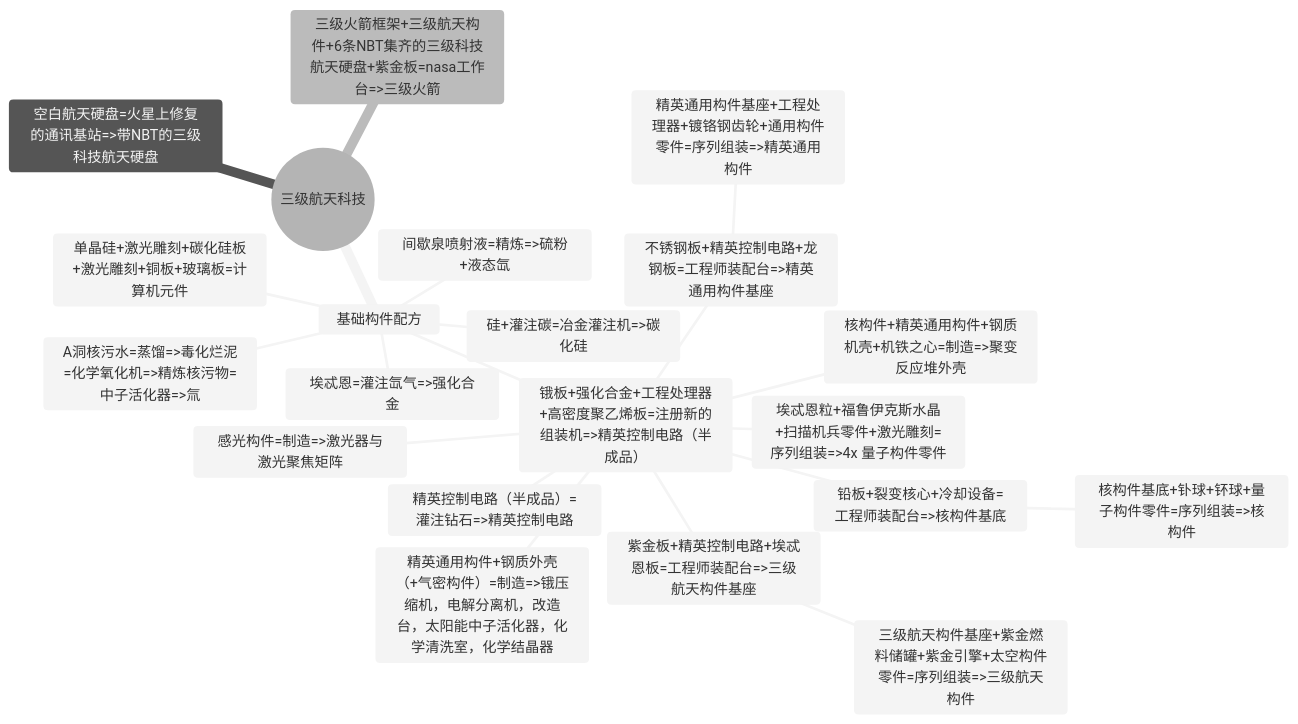
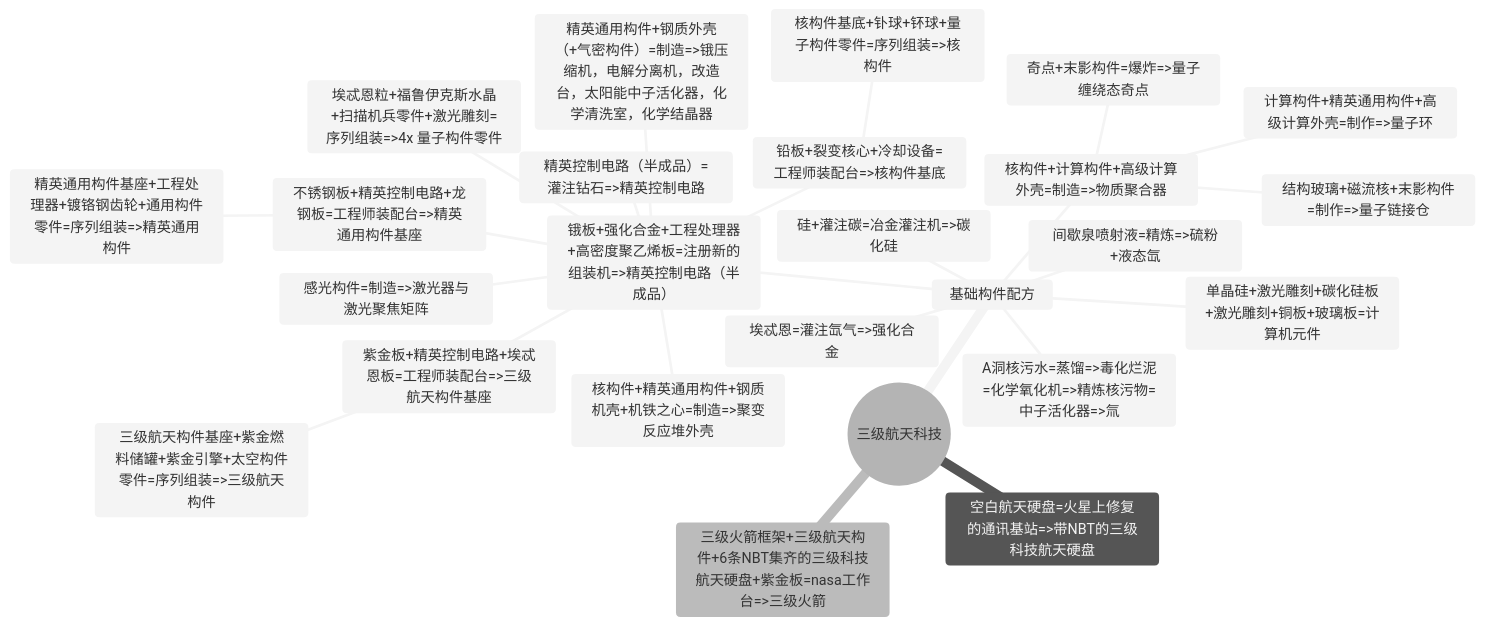
Before and after one commit to VechniMetel/CodeNameCIM2: the third of 4 diagrams in Developer/TechTreeMap.md, drawn with Mermaid (neutral theme). The commit also changed other lines of this file, not shown here.

````diff
--- a/Developer/TechTreeMap.md
+++ b/Developer/TechTreeMap.md
@@ -81,24 +81,28 @@
 ``` mermaid
 mindmap
     root((三级航天科技))
         基础构件配方
             间歇泉喷射液=精炼=>硫粉+液态氙
             埃忒恩=灌注氙气=>强化合金
             硅+灌注碳=冶金灌注机=>碳化硅
             单晶硅+激光雕刻+碳化硅板+激光雕刻+铜板+玻璃板=计算机元件
             锇板+强化合金+工程处理器+高密度聚乙烯板=注册新的组装机=>精英控制电路（半成品）
                 精英控制电路（半成品）=灌注钻石=>精英控制电路
                 紫金板+精英控制电路+埃忒恩板=工程师装配台=>三级航天构件基座
                     三级航天构件基座+紫金燃料储罐+紫金引擎+太空构件零件=序列组装=>三级航天构件
                 不锈钢板+精英控制电路+龙钢板=工程师装配台=>精英通用构件基座
                     精英通用构件基座+工程处理器+镀铬钢齿轮+通用构件零件=序列组装=>精英通用构件
                 埃忒恩粒+福鲁伊克斯水晶+扫描机兵零件+激光雕刻=序列组装=>4x 量子构件零件
                 铅板+裂变核心+冷却设备=工程师装配台=>核构件基底
                     核构件基底+钋球+钚球+量子构件零件=序列组装=>核构件
                 核构件+精英通用构件+钢质机壳+机铁之心=制造=>聚变反应堆外壳
                 感光构件=制造=>激光器与激光聚焦矩阵
                 精英通用构件+钢质外壳（+气密构件）=制造=>锇压缩机，电解分离机，改造台，太阳能中子活化器，化学清洗室，化学结晶器
+            核构件+计算构件+高级计算外壳=制造=>物质聚合器
+                奇点+末影构件=爆炸=>量子缠绕态奇点
+                计算构件+精英通用构件+高级计算外壳=制作=>量子环
+                结构玻璃+磁流核+末影构件=制作=>量子链接仓
             A洞核污水=蒸馏=>毒化烂泥=化学氧化机=>精炼核污物=中子活化器=>氚
         空白航天硬盘=火星上修复的通讯基站=>带NBT的三级科技航天硬盘
         三级火箭框架+三级航天构件+6条NBT集齐的三级科技航天硬盘+紫金板=nasa工作台=>三级火箭
 ```
````
